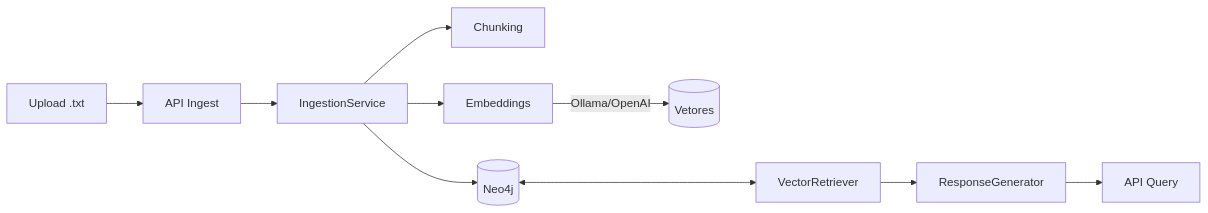
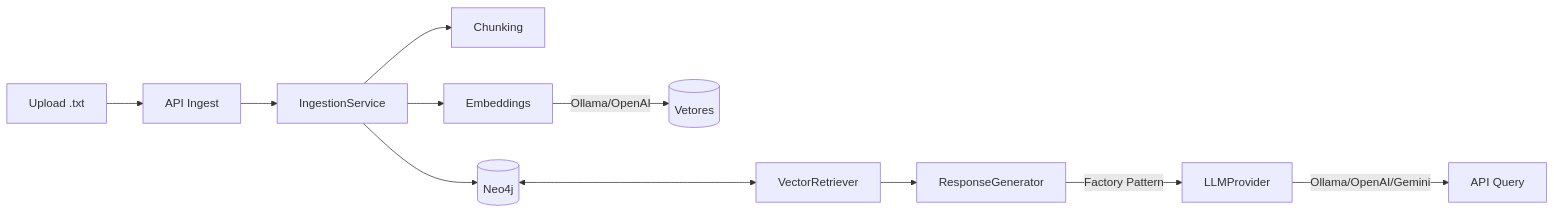
Before and after one commit to roger8b/local_rag: the first of 6 diagrams in docs/architecture.md, drawn with Mermaid. The commit also changed other lines of this file and 13 other files, not shown here.

First line of the commit message:
feat: implement flexible LLM provider architecture with factory pattern

````diff
--- a/docs/architecture.md
+++ b/docs/architecture.md
@@ -34,12 +34,13 @@
 ```mermaid
 graph LR
   A[Upload .txt] --> B[API Ingest]
   B --> C[IngestionService]
   C --> D[Chunking]
   C --> E[Embeddings]
   E -->|Ollama/OpenAI| F[(Vetores)]
   C --> G[(Neo4j)]
   G <---> H[VectorRetriever]
   H --> I[ResponseGenerator]
-  I --> J[API Query]
+  I --> |Factory Pattern| K[LLMProvider]
+  K --> |Ollama/OpenAI/Gemini| J[API Query]
 ```
````
